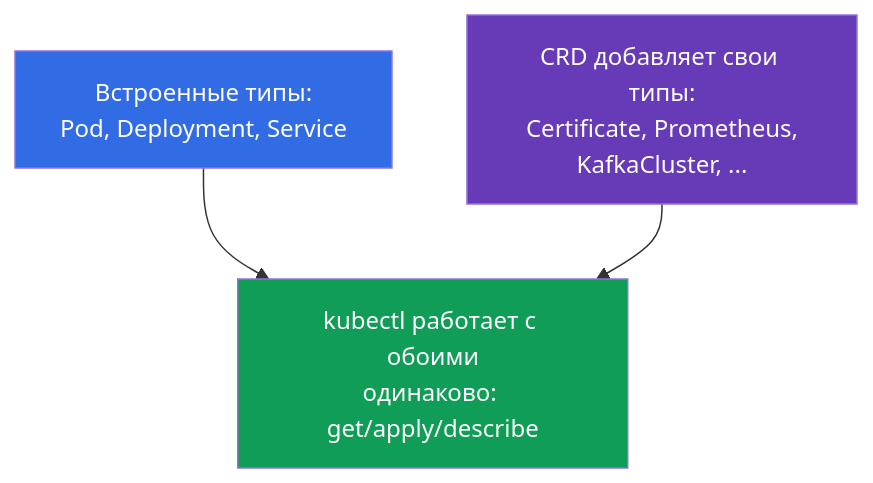
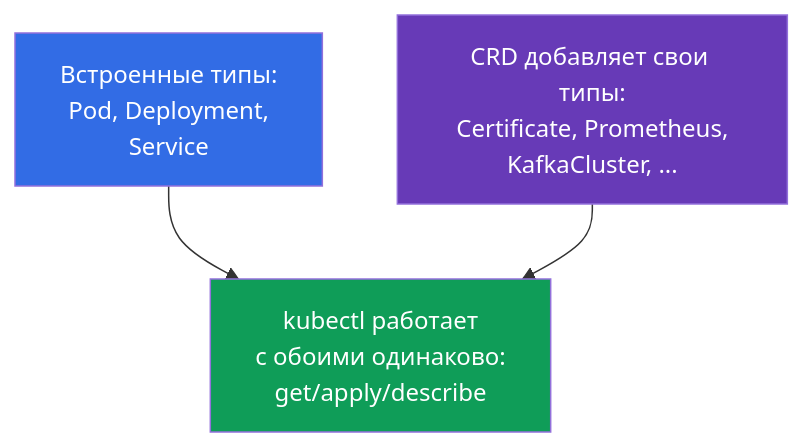
The first of 7 diagrams in tasks/cka/course/41/ru.md (ViktorUJ/cks), drawn with Mermaid before and after one commit. The commit also changed other lines of this file and 30 other files, not shown here.

````diff
--- a/tasks/cka/course/41/ru.md
+++ b/tasks/cka/course/41/ru.md
@@ -19,11 +19,11 @@
 ```mermaid
 flowchart TB
-    builtin["Встроенные типы:<br>Pod, Deployment, Service"]
+    builtin["Встроенные типы:<br>Pod, Deployment,<br>Service"]
     crd["CRD добавляет свои типы:<br>Certificate, Prometheus,<br>KafkaCluster, ..."]
-    both["kubectl работает с обоими<br>одинаково: get/apply/describe"]
+    both["kubectl работает<br>с обоими одинаково:<br>get/apply/describe"]
     builtin --> both
     crd --> both
     style builtin fill:#326ce5,color:#fff
     style crd fill:#673ab7,color:#fff
     style both fill:#0f9d58,color:#fff
 ```
````
